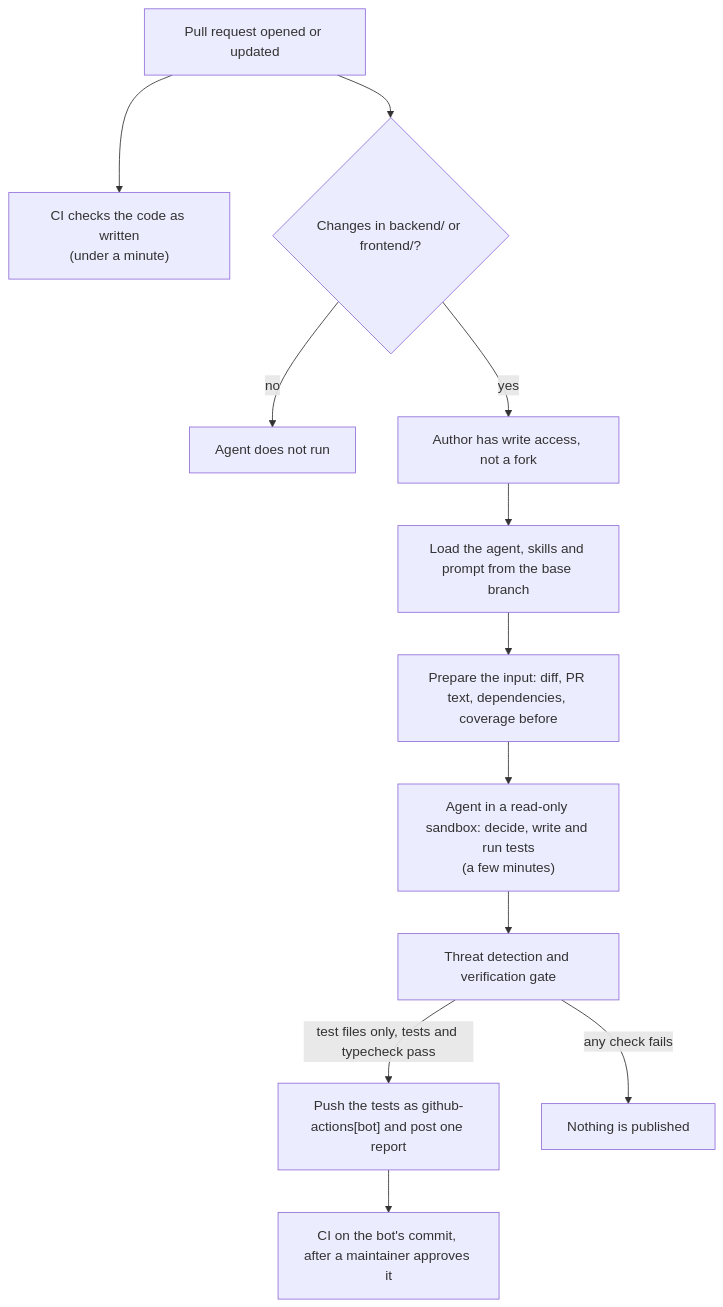
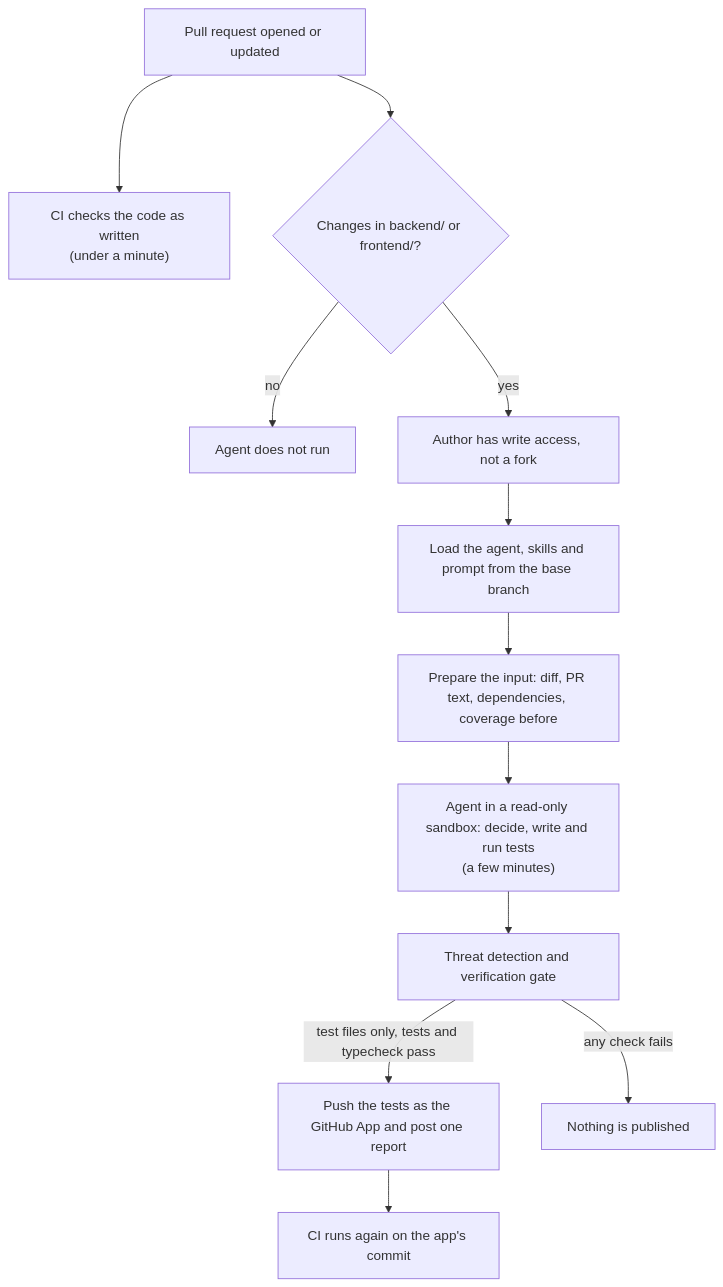
One commit to veraokhrimenko/taskly-unit-test-agent changed the first of 2 diagrams in SOLUTION.md. Above: the diagram before and after it, drawn with Mermaid. The commit also changed other lines of this file, not shown here.

Commit message:
docs: update SOLUTION.md for the new repository and the GitHub App

````diff
--- a/SOLUTION.md
+++ b/SOLUTION.md
@@ -73,14 +75,14 @@
 ```mermaid
 flowchart TD
     PR["Pull request opened or updated"] --> CI["CI checks the code as written<br/>(under a minute)"]
     PR --> F{"Changes in backend/ or frontend/?"}
     F -- no --> N["Agent does not run"]
     F -- yes --> A["Author has write access, not a fork"]
     A --> B["Load the agent, skills and prompt from the base branch"]
     B --> P["Prepare the input: diff, PR text, dependencies, coverage before"]
     P --> G["Agent in a read-only sandbox: decide, write and run tests<br/>(a few minutes)"]
     G --> D["Threat detection and verification gate"]
-    D -- "test files only, tests and typecheck pass" --> S["Push the tests as github-actions[bot] and post one report"]
+    D -- "test files only, tests and typecheck pass" --> S["Push the tests as the GitHub App and post one report"]
     D -- "any check fails" --> X["Nothing is published"]
-    S --> CI2["CI on the bot's commit, after a maintainer approves it"]
+    S --> CI2["CI runs again on the app's commit"]
 ```
````
